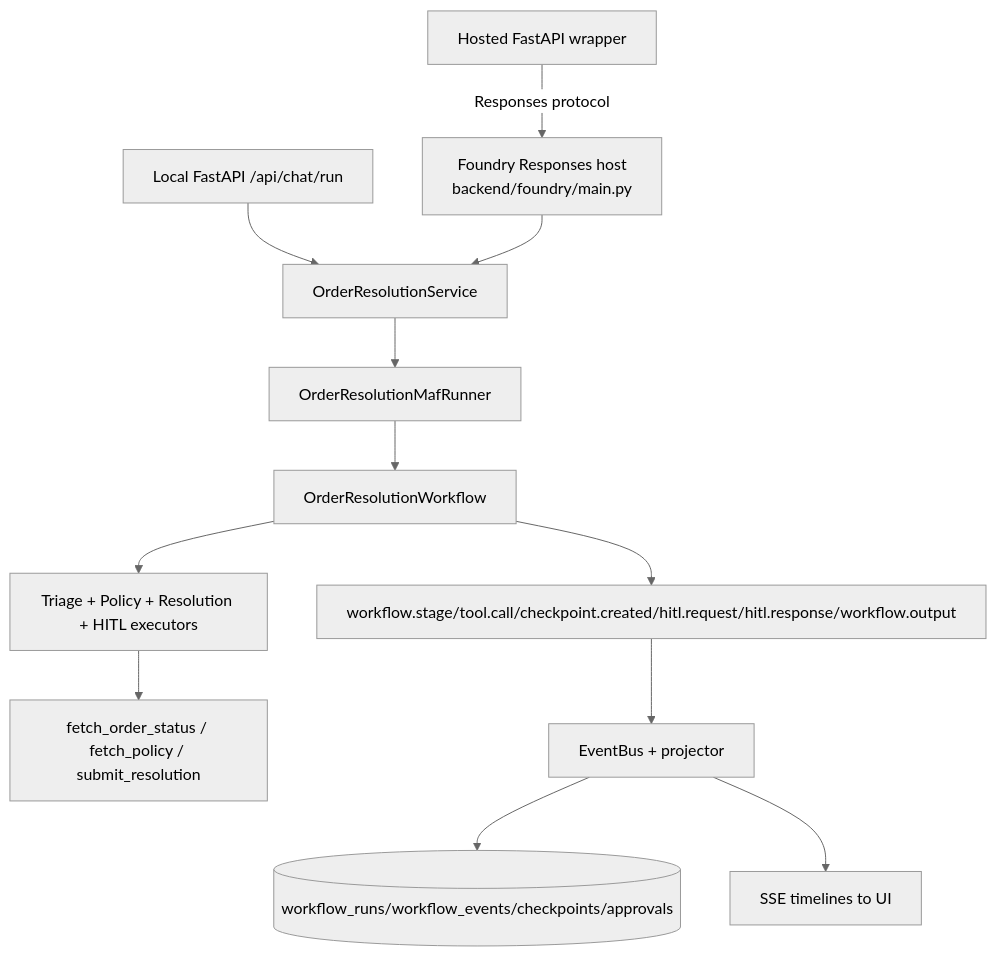
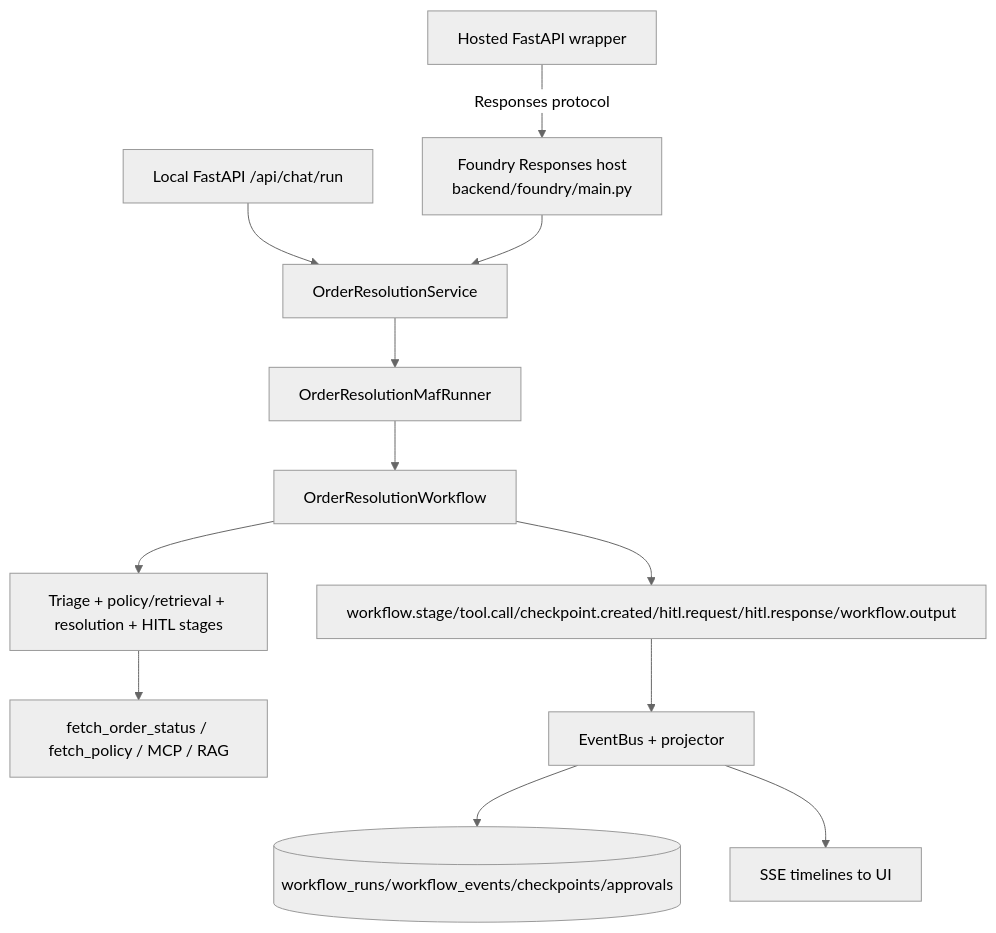
One commit to ppenumatsa1/maf-monorepo changed the fourth of 5 diagrams in agents/order-resolution/foundry-public/docs/design/architecture.md. Above: the diagram before and after it, drawn with Mermaid (neutral theme). The commit also changed other lines of this file and 83 other files, not shown here.

First line of the commit message:
feat(order-resolution): add redacted selected-thread streaming

````diff
--- a/agents/order-resolution/foundry-public/docs/design/architecture.md
+++ b/agents/order-resolution/foundry-public/docs/design/architecture.md
@@ -125,14 +282,14 @@
 ```mermaid
 flowchart TD
     A[Local FastAPI /api/chat/run] --> SVC[OrderResolutionService]
     B[Foundry Responses host\nbackend/foundry/main.py] --> SVC
     C[Hosted FastAPI wrapper] -->|Responses protocol| B
     SVC --> RUN[OrderResolutionMafRunner]
     RUN --> WF[OrderResolutionWorkflow]
-    WF --> EX[Triage + Policy + Resolution + HITL executors]
-    EX --> TOOLS[fetch_order_status / fetch_policy / submit_resolution]
+    WF --> EX[Triage + policy/retrieval + resolution + HITL stages]
+    EX --> TOOLS[fetch_order_status / fetch_policy / MCP / RAG]
     WF --> EVT[workflow.stage/tool.call/checkpoint.created/hitl.request/hitl.response/workflow.output]
     EVT --> BUS[EventBus + projector]
     BUS --> DB[(workflow_runs/workflow_events/checkpoints/approvals)]
     BUS --> SSE[SSE timelines to UI]
 ```
````
